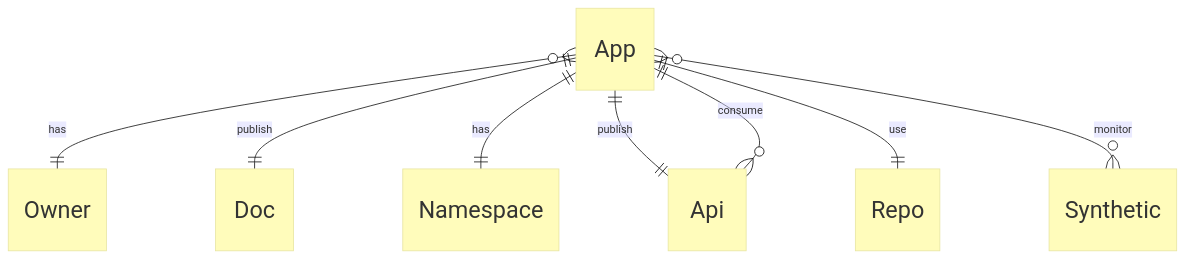
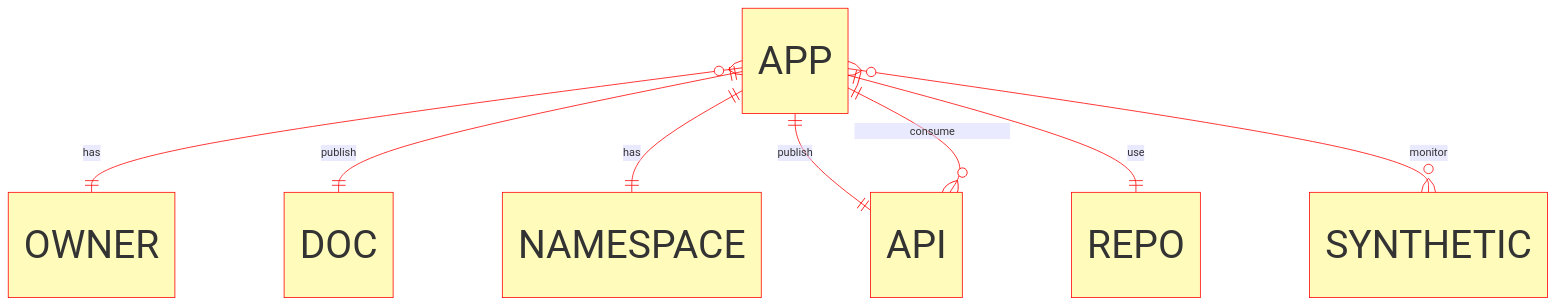
Before and after one commit to seizadi/cmdb: the diagram in docs/app_model.md, drawn with Mermaid. The commit also changed 7 other files, not shown here.

````diff
--- a/docs/app_model.md
+++ b/docs/app_model.md
@@ -1,11 +1,11 @@
 ```mermaid
-%%{init: {'theme': 'base', 'themeVariables': { 'primaryColor': '#fffcbb', 'fontFamily': 'verdana', 'fontSize': '30px'}}}%%
+%%{init: {'theme': 'base', 'themeVariables': { 'primaryColor': '#fffcbb', 'fontFamily': 'aerial', 'fontSize': '50px', 'lineColor': '#ff0000', 'primaryBorderColor': '#ff0000'}}}%%
 erDiagram
-    App }o--|| Owner : "has"
-    App ||--|| Doc : "publish"
-    App ||--|| Namespace : "has"
-    App ||--|| Api : "publish"
-    App ||--o{ Api : "consume"
-    App ||--|| Repo : "use"
-    App }o--o{ Synthetic : "monitor"       
+    APP }o--|| OWNER : "has"
+    APP ||--|| DOC : "publish"
+    APP ||--|| NAMESPACE : "has"
+    APP ||--|| API : "publish"
+    APP ||--o{ API : "consume"
+    APP ||--|| REPO : "use"
+    APP }o--o{ SYNTHETIC : "monitor"       
 ```
````
